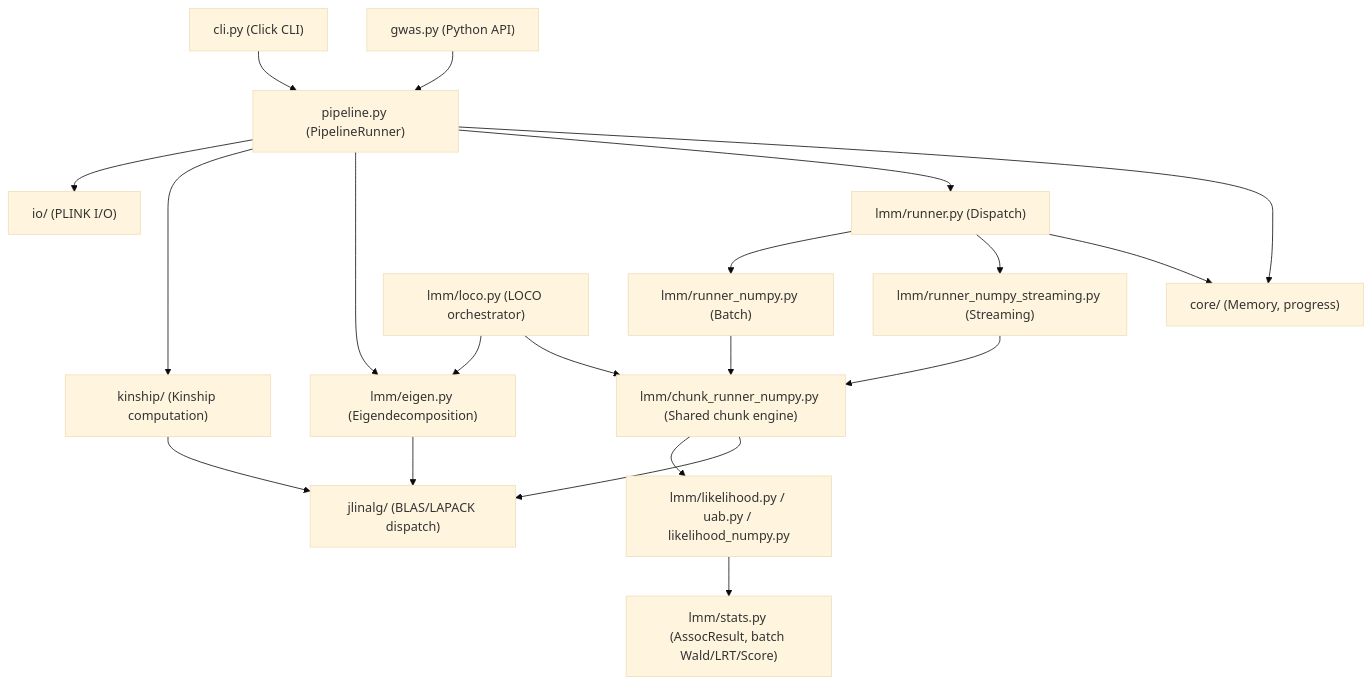
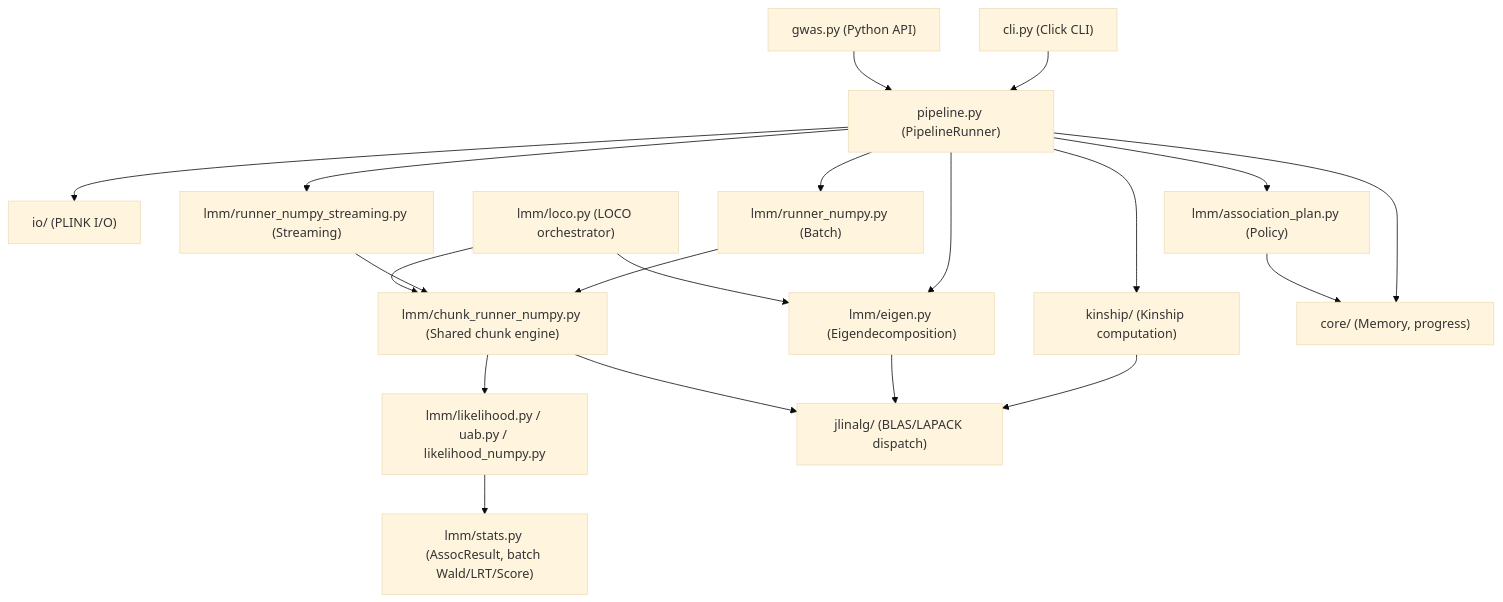
Before and after one commit to michael-denyer/jamma: the diagram in docs/ARCHITECTURE.md, drawn with Mermaid (base theme). The commit also changed other lines of this file and 26 other files, not shown here.

First line of the commit message:
refactor(lmm): remediate association-boundary review findings (#282)

````diff
--- a/docs/ARCHITECTURE.md
+++ b/docs/ARCHITECTURE.md
@@ -9,38 +9,38 @@
 ```mermaid
 graph TD
     CLI["cli.py (Click CLI)"]
     API["gwas.py (Python API)"]
     Pipeline["pipeline.py (PipelineRunner)"]
     IO["io/ (PLINK I/O)"]
     Kinship["kinship/ (Kinship computation)"]
     Eigen["lmm/eigen.py (Eigendecomposition)"]
-    Runner["lmm/runner.py (Dispatch)"]
+    Planner["lmm/association_plan.py (Policy)"]
     BatchRunner["lmm/runner_numpy.py (Batch)"]
     StreamRunner["lmm/runner_numpy_streaming.py (Streaming)"]
     ChunkRunner["lmm/chunk_runner_numpy.py (Shared chunk engine)"]
     Likelihood["lmm/likelihood.py / uab.py / likelihood_numpy.py"]
     Stats["lmm/stats.py (AssocResult, batch Wald/LRT/Score)"]
     LOCO["lmm/loco.py (LOCO orchestrator)"]
     jlinalg["jlinalg/ (BLAS/LAPACK dispatch)"]
     Core["core/ (Memory, progress)"]
 
     CLI --> Pipeline
     API --> Pipeline
     Pipeline --> IO
     Pipeline --> Kinship
     Pipeline --> Eigen
-    Pipeline --> Runner
-    Runner --> BatchRunner
-    Runner --> StreamRunner
+    Pipeline --> Planner
+    Pipeline --> BatchRunner
+    Pipeline --> StreamRunner
     BatchRunner --> ChunkRunner
     StreamRunner --> ChunkRunner
     ChunkRunner --> Likelihood
     Likelihood --> Stats
     LOCO --> Eigen
     LOCO --> ChunkRunner
     Kinship --> jlinalg
     Eigen --> jlinalg
     ChunkRunner --> jlinalg
     Pipeline --> Core
-    Runner --> Core
+    Planner --> Core
 ```
````
